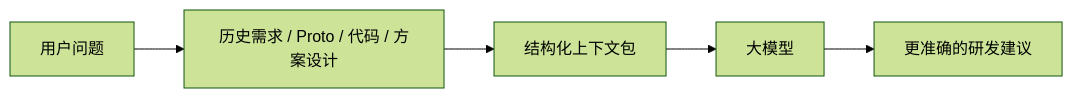
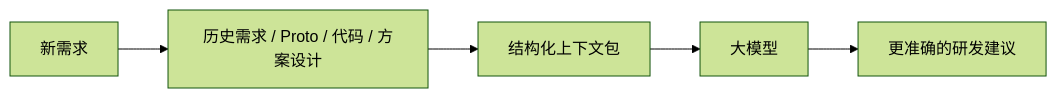
One commit to AlixWang/001dev changed the first of 3 diagrams in packages/rag-rd-knowledge-deck/slides.md. Above: the diagram before and after it, drawn with Mermaid (forest theme). The commit also changed other lines of this file, not shown here.

````diff
--- a/packages/rag-rd-knowledge-deck/slides.md
+++ b/packages/rag-rd-knowledge-deck/slides.md
@@ -39,7 +39,7 @@
 ```mermaid
 flowchart LR
-  Q[用户问题] --> R[历史需求 / Proto / 代码 / 方案设计]
+  Q[新需求] --> R[历史需求 / Proto / 代码 / 方案设计]
   R --> C[结构化上下文包]
   C --> L[大模型]
   L --> O[更准确的研发建议]
 ```
````
